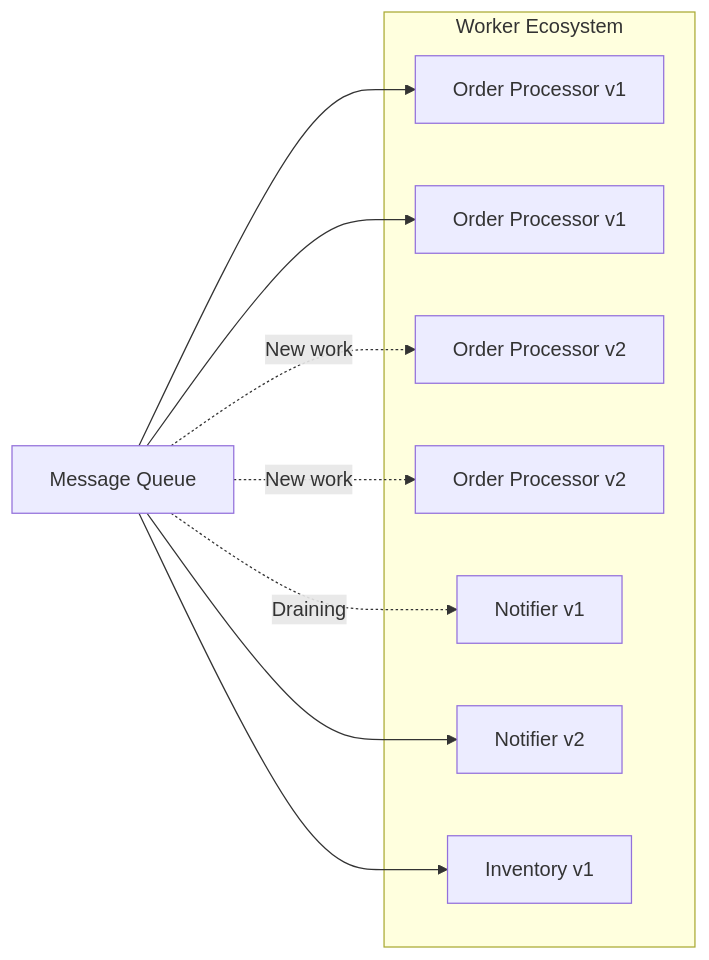
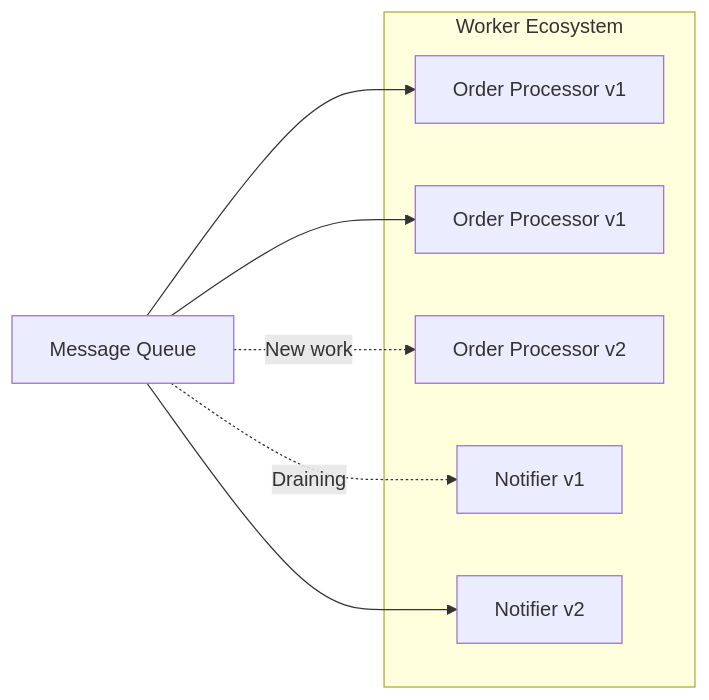
The diagram in docs/core/worker-ecosystems.md (codedventuresptyltd/foundry), drawn with Mermaid before and after one commit. The commit also changed other lines of this file and 26 other files, not shown here.

````diff
--- a/docs/core/worker-ecosystems.md
+++ b/docs/core/worker-ecosystems.md
@@ -27,26 +21,19 @@
 ```mermaid
 flowchart LR
     QUEUE[Message Queue]
     
     subgraph "Worker Ecosystem"
         W1A[Order Processor v1]
         W1B[Order Processor v1]
         W2[Order Processor v2]
-        W2B[Order Processor v2]
         
         N1[Notifier v1]
         N2[Notifier v2]
-        
-        I1[Inventory v1]
     end
     
     QUEUE --> W1A
     QUEUE --> W1B
     QUEUE -.New work.-> W2
-    QUEUE -.New work.-> W2B
-    
     QUEUE -.Draining.-> N1
     QUEUE --> N2
-    
-    QUEUE --> I1
 ```
````
